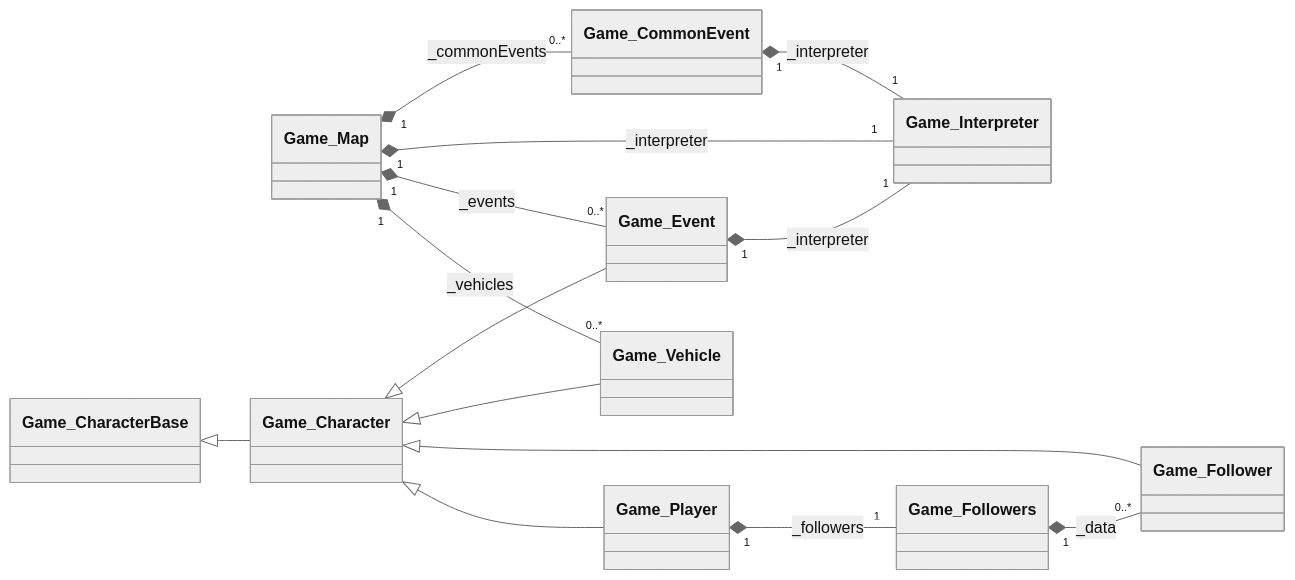
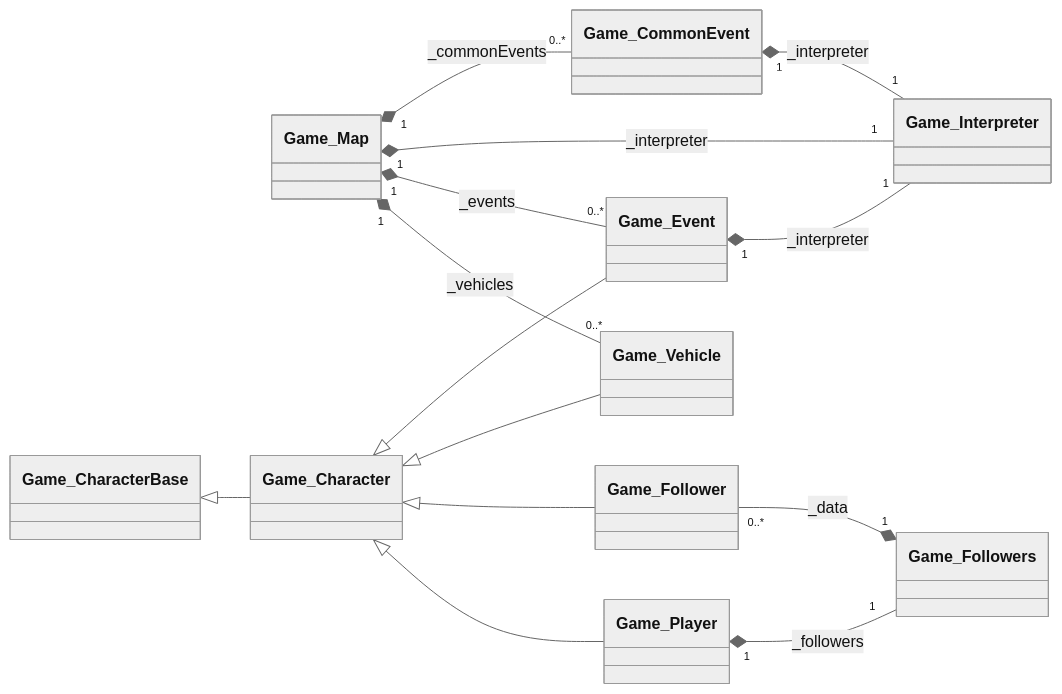
Before and after one commit to meowmotor/RPG-Maker: the diagram in Class Diagram/Map.md, drawn with Mermaid (neutral theme).

````diff
--- a/Class Diagram/Map.md
+++ b/Class Diagram/Map.md
@@ -1,19 +1,19 @@
 ```mermaid
 classDiagram
 direction LR
 Game_Map"1"*--"0..*"Game_Vehicle:_vehicles
 Game_Map"1"*--"0..*"Game_Event:_events
 Game_Map"1"*--"1"Game_Interpreter:_interpreter
 Game_Map"1"*--"0..*"Game_CommonEvent:_commonEvents
 Game_CommonEvent"1"*--"1"Game_Interpreter:_interpreter
 Game_CharacterBase<|--Game_Character
 Game_Character<|--Game_Player
 Game_Character<|--Game_Follower
 Game_Character<|--Game_Vehicle
 Game_Character<|--Game_Event
 Game_Event"1"*--"1"Game_Interpreter:_interpreter
 Game_Player"1"*--"1"Game_Followers:_followers
-Game_Followers"1"*--"0..*"Game_Follower:_data
+Game_Follower"0..*"--*"1"Game_Followers:_data
 %%Game_Interpreter"1"*--"1"Error
 %%Game_Interpreter"1"*--"1"Game_Interpreter:_childInterpreter
 ```
````
